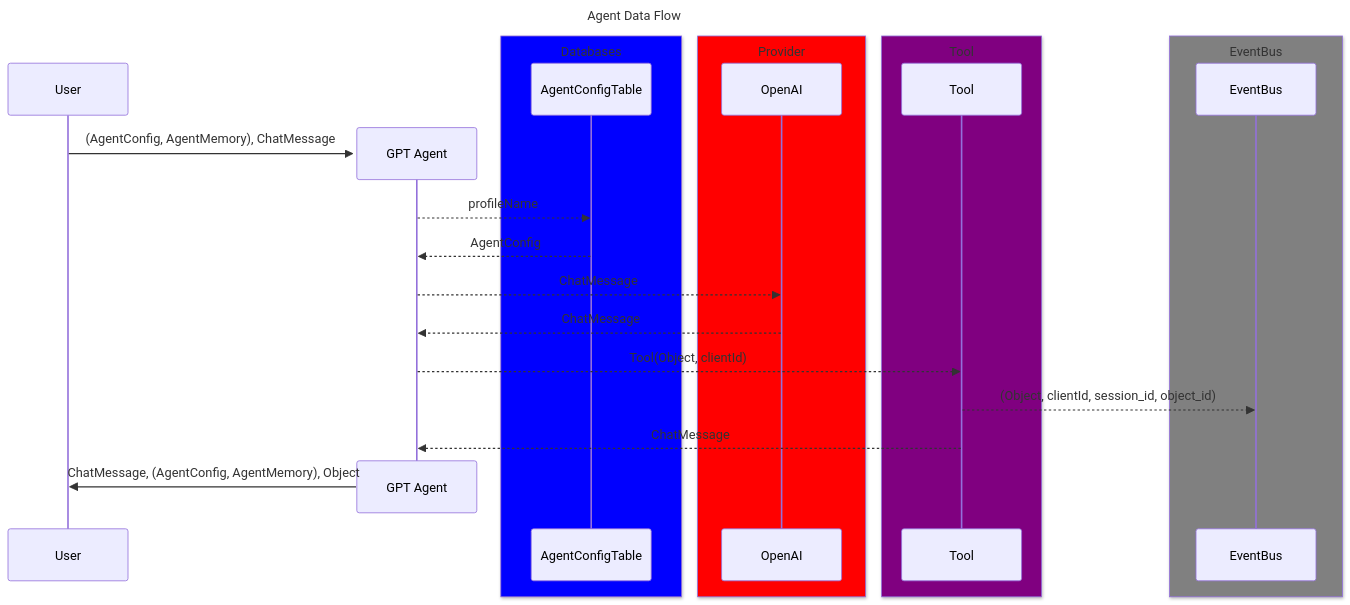
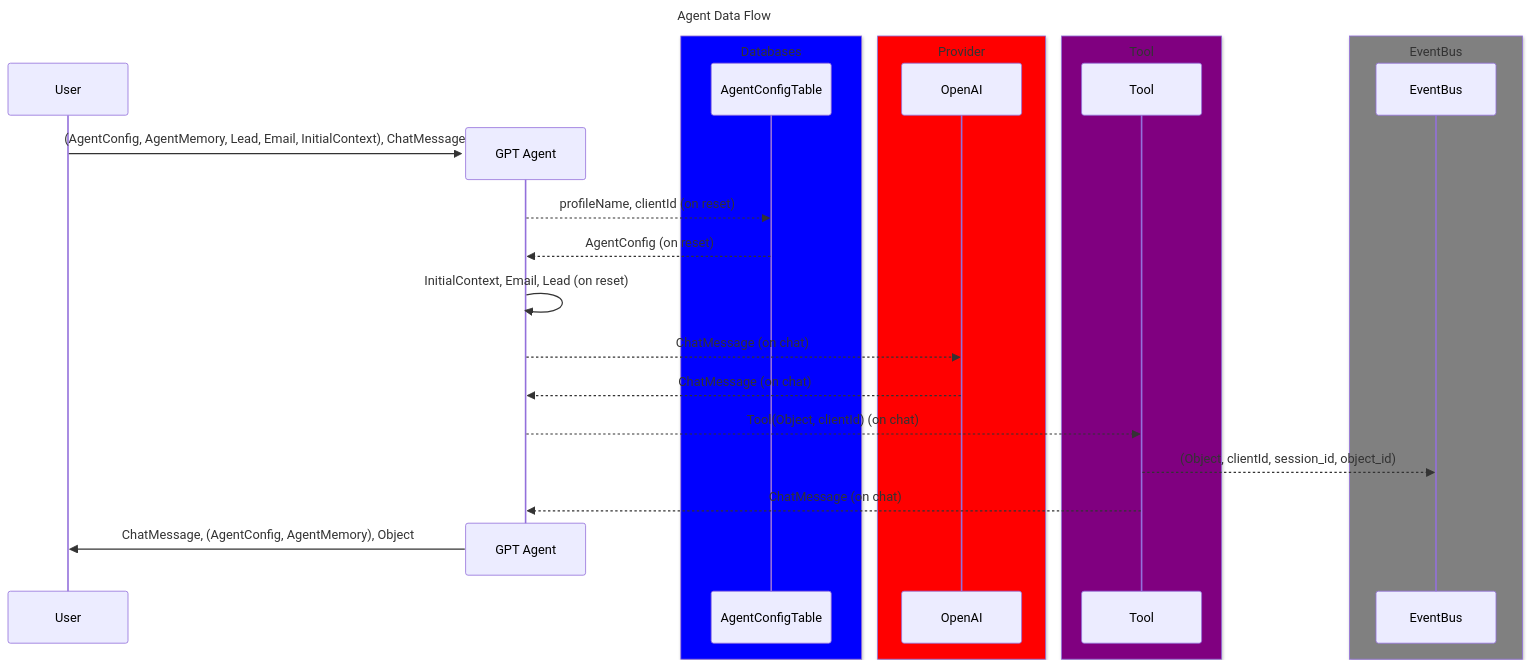
Before and after one commit to svange/openbrain: the second of 3 diagrams in README.md, drawn with Mermaid. The commit also changed other lines of this file, not shown here.

Commit message:
docs: Updated README diagrams and added email field to API descriptions.

````diff
--- a/README.md
+++ b/README.md
@@ -211,36 +212,37 @@
 ```mermaid
 sequenceDiagram
     title Agent Data Flow
     participant User
     create participant GPT Agent
     participant AgentConfigTable
     participant OpenAI
     participant Tool
     participant EventBus
 
-    User ->> GPT Agent: (AgentConfig, AgentMemory), ChatMessage
-        GPT Agent -->> AgentConfigTable: profileName
-        AgentConfigTable -->> GPT Agent: AgentConfig
-        GPT Agent -->> OpenAI: ChatMessage
-        OpenAI -->> GPT Agent: ChatMessage
-        GPT Agent -->> Tool: Tool(Object, clientId)
+    User ->> GPT Agent: (AgentConfig, AgentMemory, Lead, Email, InitialContext), ChatMessage
+        GPT Agent -->> AgentConfigTable: profileName, clientId (on reset)
+        AgentConfigTable -->> GPT Agent: AgentConfig (on reset)
+        GPT Agent ->> GPT Agent: InitialContext, Email, Lead (on reset)  
+        GPT Agent -->> OpenAI: ChatMessage (on chat)
+        OpenAI -->> GPT Agent: ChatMessage (on chat)
+        GPT Agent -->> Tool: Tool(Object, clientId) (on chat)
         Tool -->> EventBus: (Object, clientId, session_id, object_id)
-        Tool -->> GPT Agent: ChatMessage
+        Tool -->> GPT Agent: ChatMessage (on chat)
     destroy GPT Agent
     GPT Agent ->> User: ChatMessage, (AgentConfig, AgentMemory), Object
 
   box blue Databases
       participant AgentConfigTable
   end
   box purple Tool
       participant Tool
   end
 
   box gray EventBus
       participant EventBus
   end
 
   box red Provider
       participant OpenAI
   end
 ```
````
